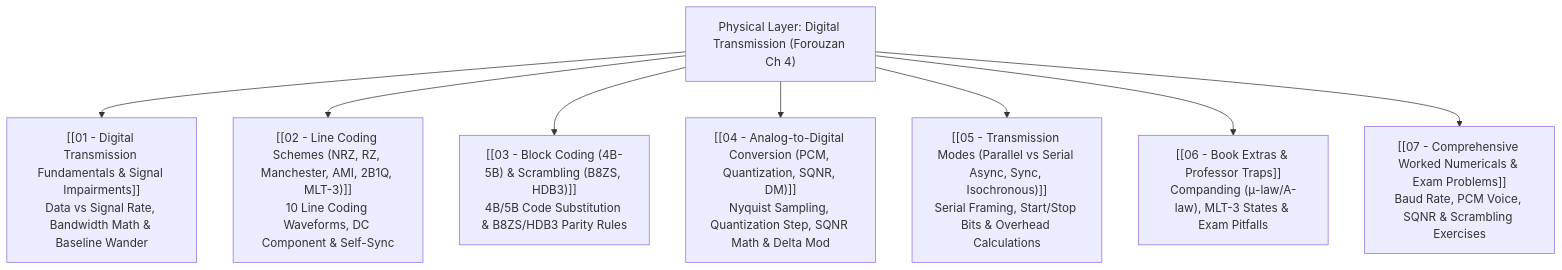
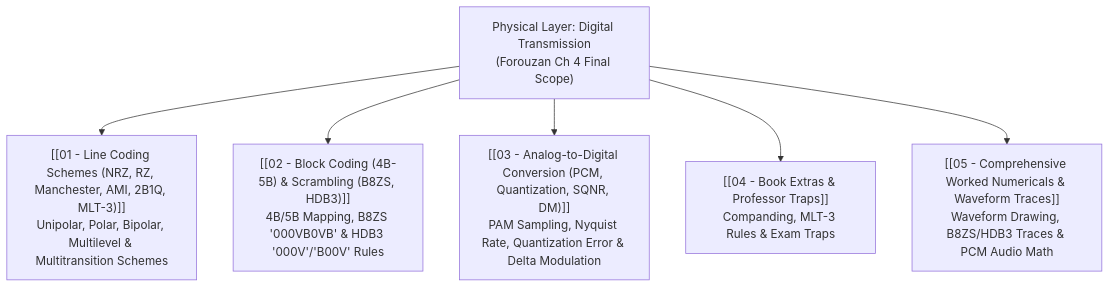
The diagram in CSE 4411/Final/Physical Layer/00 - Index.md (SMTEmon/2-2), drawn with Mermaid before and after one commit. The commit also changed other lines of this file and 58 other files, not shown here.

````diff
--- a/CSE 4411/Final/Physical Layer/00 - Index.md
+++ b/CSE 4411/Final/Physical Layer/00 - Index.md
@@ -29,12 +29,10 @@
 ```mermaid
 flowchart TD
-    PL["Physical Layer: Digital Transmission (Forouzan Ch 4)"]
+    PL["Physical Layer: Digital Transmission<br>(Forouzan Ch 4 Final Scope)"]
     
-    PL --> Sec1["[[01 - Digital Transmission Fundamentals & Signal Impairments]]<br>Data vs Signal Rate, Bandwidth Math & Baseline Wander"]
-    PL --> Sec2["[[02 - Line Coding Schemes (NRZ, RZ, Manchester, AMI, 2B1Q, MLT-3)]]<br>10 Line Coding Waveforms, DC Component & Self-Sync"]
-    PL --> Sec3["[[03 - Block Coding (4B-5B) & Scrambling (B8ZS, HDB3)]]<br>4B/5B Code Substitution & B8ZS/HDB3 Parity Rules"]
-    PL --> Sec4["[[04 - Analog-to-Digital Conversion (PCM, Quantization, SQNR, DM)]]<br>Nyquist Sampling, Quantization Step, SQNR Math & Delta Mod"]
-    PL --> Sec5["[[05 - Transmission Modes (Parallel vs Serial Async, Sync, Isochronous)]]<br>Serial Framing, Start/Stop Bits & Overhead Calculations"]
-    PL --> Sec6["[[06 - Book Extras & Professor Traps]]<br>Companding (μ-law/A-law), MLT-3 States & Exam Pitfalls"]
-    PL --> Sec7["[[07 - Comprehensive Worked Numericals & Exam Problems]]<br>Baud Rate, PCM Voice, SQNR & Scrambling Exercises"]
+    PL --> Sec1["[[01 - Line Coding Schemes (NRZ, RZ, Manchester, AMI, 2B1Q, MLT-3)]]<br>Unipolar, Polar, Bipolar, Multilevel & Multitransition Schemes"]
+    PL --> Sec2["[[02 - Block Coding (4B-5B) & Scrambling (B8ZS, HDB3)]]<br>4B/5B Mapping, B8ZS '000VB0VB' & HDB3 '000V'/'B00V' Rules"]
+    PL --> Sec3["[[03 - Analog-to-Digital Conversion (PCM, Quantization, SQNR, DM)]]<br>PAM Sampling, Nyquist Rate, Quantization Error & Delta Modulation"]
+    PL --> Sec4["[[04 - Book Extras & Professor Traps]]<br>Companding, MLT-3 Rules & Exam Traps"]
+    PL --> Sec5["[[05 - Comprehensive Worked Numericals & Waveform Traces]]<br>Waveform Drawing, B8ZS/HDB3 Traces & PCM Audio Math"]
 ```
````
